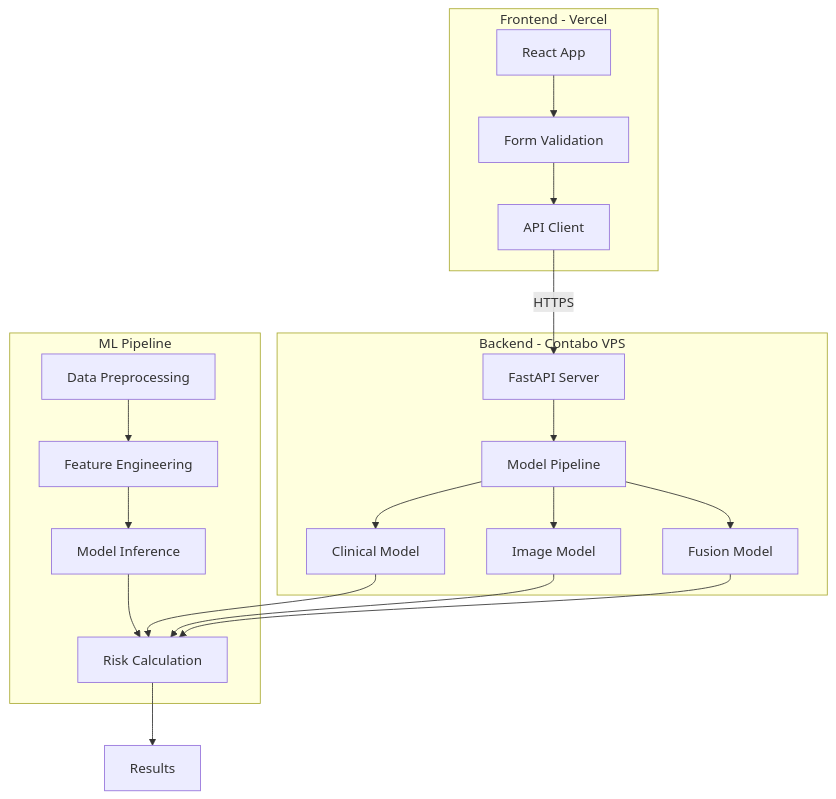
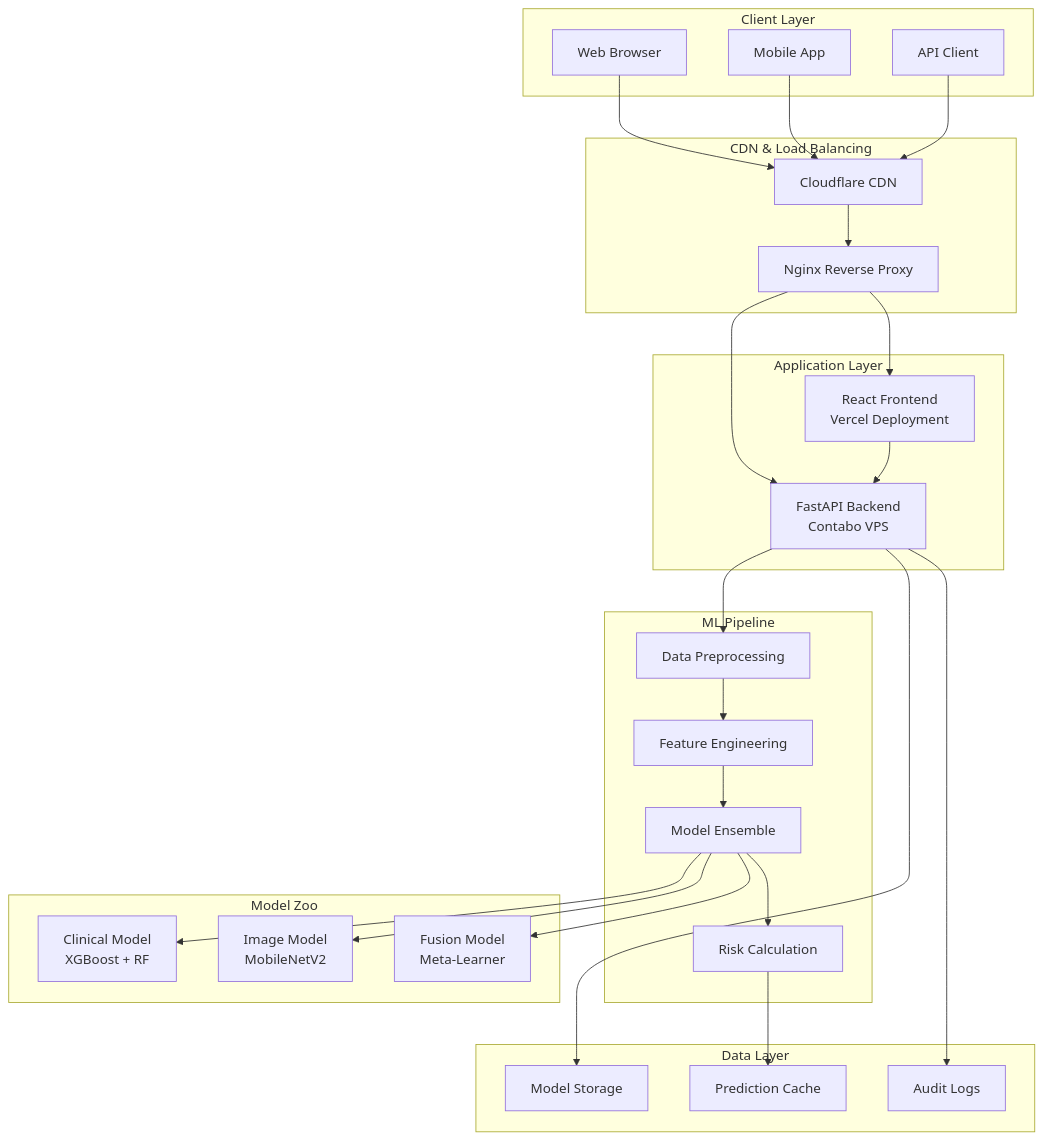
The second of 2 diagrams in README.md (codedbydumi/diabetic-retinopathy-ai), drawn with Mermaid before and after one commit. The commit also changed other lines of this file, not shown here.

````diff
--- a/README.md
+++ b/README.md
@@ -84,26 +122,55 @@
 ```mermaid
-graph TB
-    subgraph "Frontend - Vercel"
-        A[React App] --> B[Form Validation]
-        B --> C[API Client]
+flowchart TB
+    subgraph "Client Layer"
+        A[Web Browser] 
+        B[Mobile App]
+        C[API Client]
     end
     
-    subgraph "Backend - Contabo VPS"
-        D[FastAPI Server] --> E[Model Pipeline]
-        E --> F[Clinical Model]
-        E --> G[Image Model]
-        E --> H[Fusion Model]
+    subgraph "CDN & Load Balancing"
+        D[Cloudflare CDN]
+        E[Nginx Reverse Proxy]
+    end
+    
+    subgraph "Application Layer"
+        F[React Frontend<br/>Vercel Deployment]
+        G[FastAPI Backend<br/>Contabo VPS]
     end
     
     subgraph "ML Pipeline"
-        I[Data Preprocessing] --> J[Feature Engineering]
-        J --> K[Model Inference]
-        K --> L[Risk Calculation]
+        H[Data Preprocessing]
+        I[Feature Engineering]
+        J[Model Ensemble]
+        K[Risk Calculation]
     end
     
-    C -->|HTTPS| D
-    F --> L
-    G --> L
-    H --> L
-    L --> M[Results]
+    subgraph "Model Zoo"
+        L[Clinical Model<br/>XGBoost + RF]
+        M[Image Model<br/>MobileNetV2]
+        N[Fusion Model<br/>Meta-Learner]
+    end
+    
+    subgraph "Data Layer"
+        O[Model Storage]
+        P[Prediction Cache]
+        Q[Audit Logs]
+    end
+    
+    A --> D
+    B --> D
+    C --> D
+    D --> E
+    E --> F
+    E --> G
+    F --> G
+    G --> H
+    H --> I
+    I --> J
+    J --> K
+    J --> L
+    J --> M
+    J --> N
+    K --> P
+    G --> O
+    G --> Q
 ```
````
